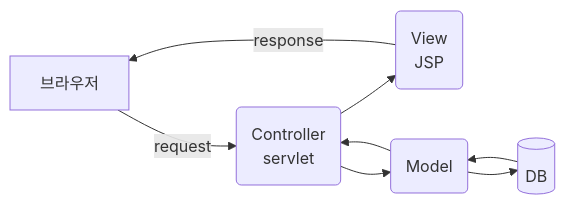
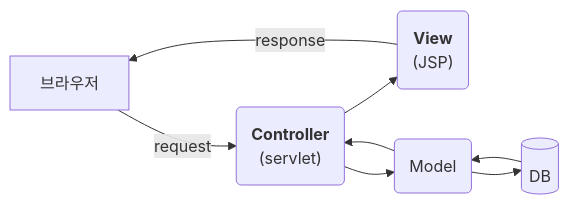
One commit to hyeerring/webPro changed the first of 2 diagrams in 06_jsp/ch02_semiJSP/README.md. Above: the diagram before and after it, drawn with Mermaid. The commit also changed other lines of this file and 1 other file, not shown here.

Commit message:
jsp_ch03

````diff
--- a/06_jsp/ch02_semiJSP/README.md
+++ b/06_jsp/ch02_semiJSP/README.md
@@ -14,17 +14,17 @@
 ```mermaid
 flowchart LR
 
 a[브라우저]
-b(Controller<br>servlet)
-c(View<br>JSP)
+b("<b>Controller</b><br>(servlet)")
+c("<b>View</b><br>(JSP)")
 d(Model)
 e[(DB)]
 
 a -->|request| b
 b --> c
 c -->|response| a
 b --> d
 d --> b
 d --> e
 e --> d
 ```
````
